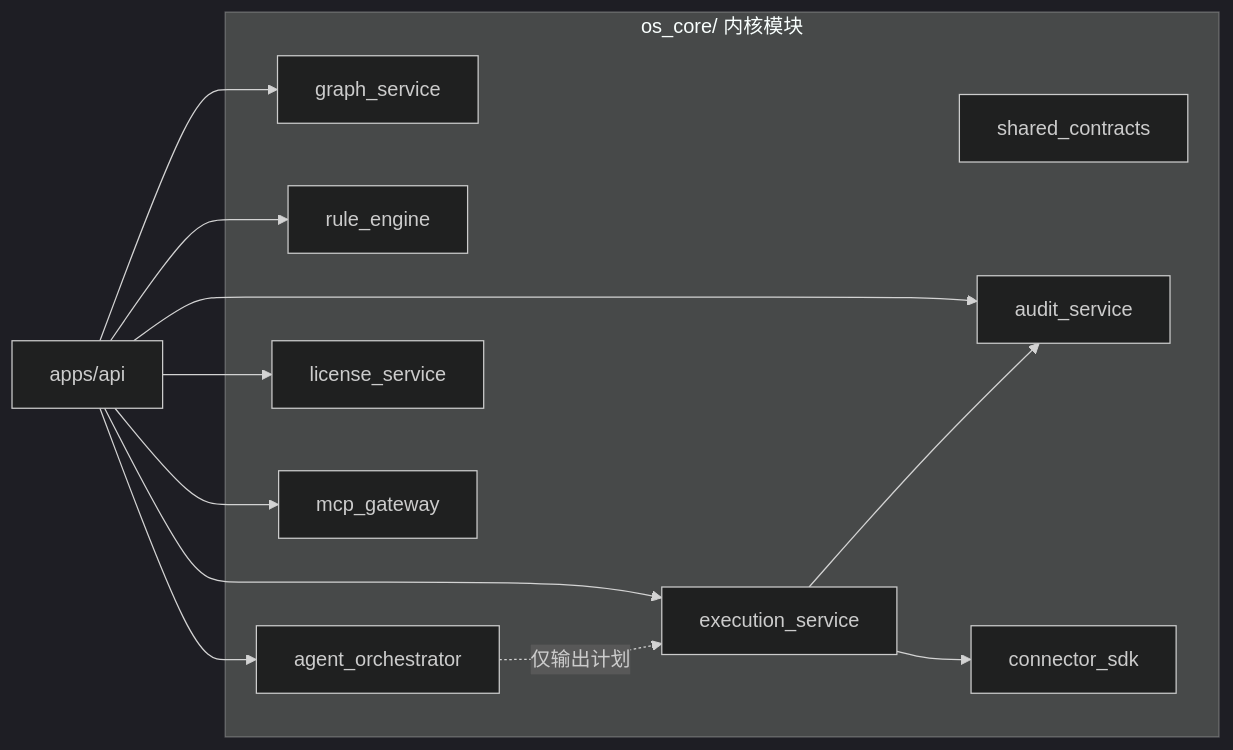
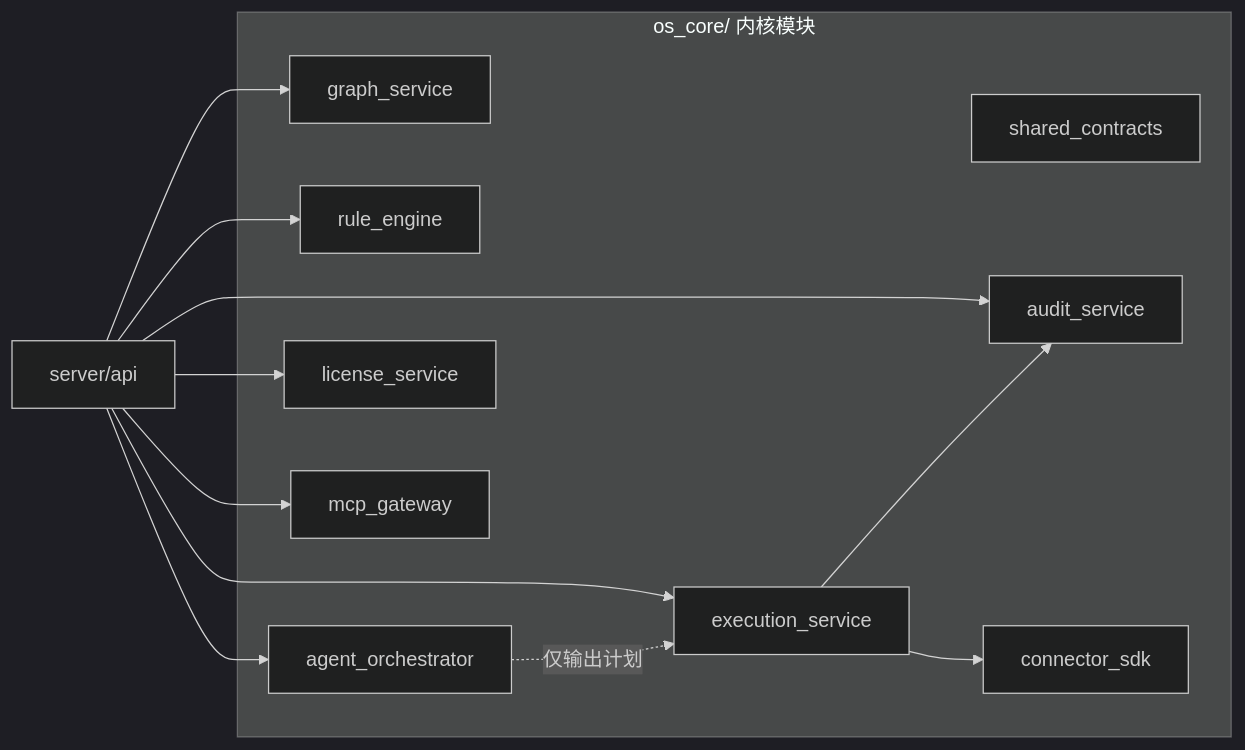
One commit to sunhailiang-tourist/FactoryOS changed the third of 7 diagrams in docs/准备/2026-06-16/16-OS核心基座架构设计方案.md. Above: the diagram before and after it, drawn with Mermaid (dark theme). The commit also changed other lines of this file and 388 other files, not shown here.

````diff
--- a/docs/准备/2026-06-16/16-OS核心基座架构设计方案.md
+++ b/docs/准备/2026-06-16/16-OS核心基座架构设计方案.md
@@ -217,19 +208,19 @@
 ```mermaid
 flowchart LR
     subgraph os_core_mod["os_core/ 内核模块"]
         S[shared_contracts]
         GS[graph_service]
         RE[rule_engine]
         ES[execution_service]
         AS[audit_service]
         CS[connector_sdk]
         AO[agent_orchestrator]
         LS[license_service]
         MG[mcp_gateway]
     end
 
-    API[apps/api] --> GS & RE & ES & AS & AO & LS & MG
+    API[server/api] --> GS & RE & ES & AS & AO & LS & MG
     ES --> CS
     ES --> AS
     AO -.->|"仅输出计划"| ES
 ```
````
